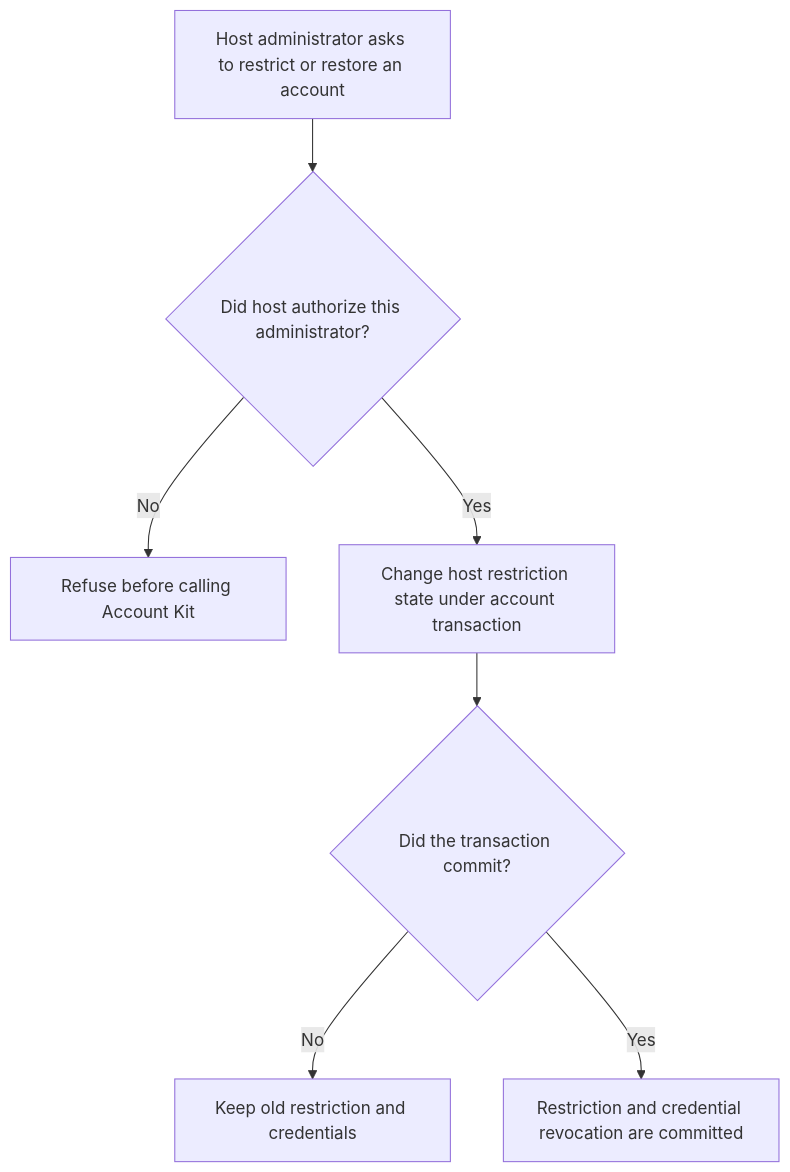
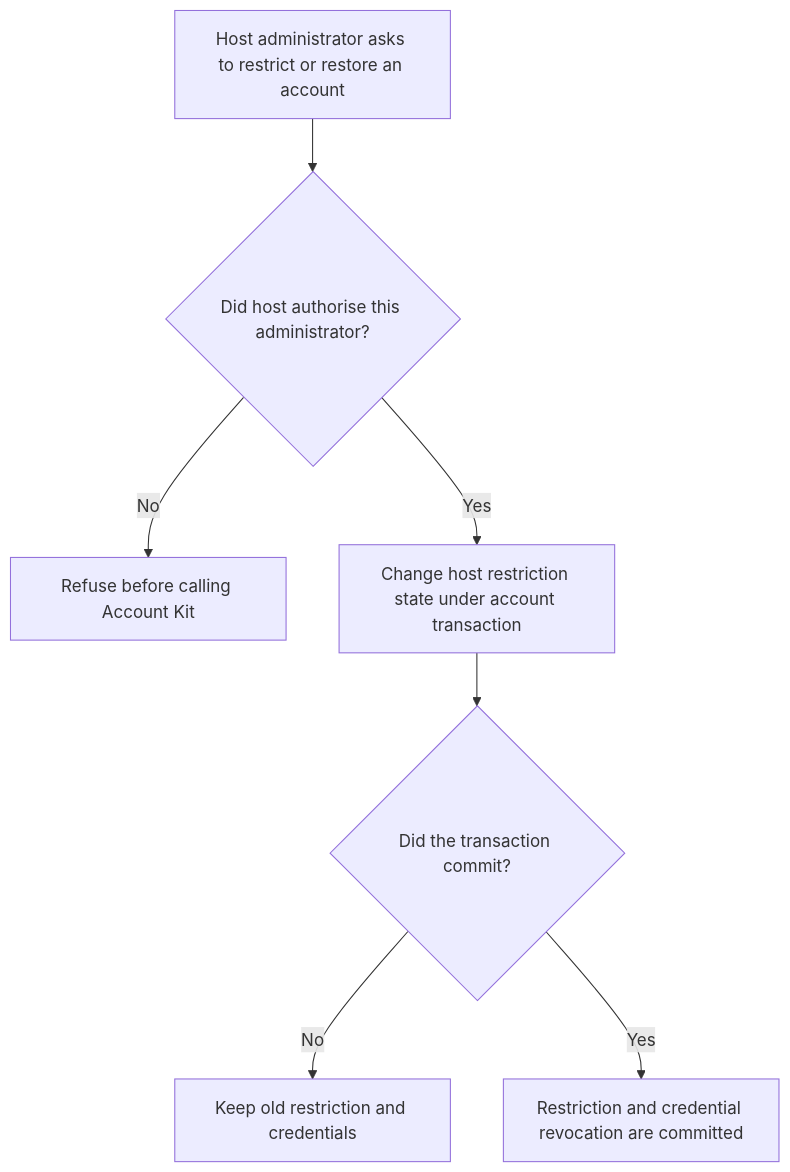
The first of 2 diagrams in user-stories/US-ACCOUNT-43-change-account-restriction.md (Kevinjohn/oss-adonisjs-account-kit), drawn with Mermaid before and after one commit. The commit also changed other lines of this file and 93 other files, not shown here.

````diff
--- a/user-stories/US-ACCOUNT-43-change-account-restriction.md
+++ b/user-stories/US-ACCOUNT-43-change-account-restriction.md
@@ -20,9 +20,9 @@
 ```mermaid
 flowchart TD
- A["Host administrator asks to restrict or restore an account"] --> B{"Did host authorize this administrator?"}
+ A["Host administrator asks to restrict or restore an account"] --> B{"Did host authorise this administrator?"}
  B -->|No| C["Refuse before calling Account Kit"]
  B -->|Yes| D["Change host restriction state under account transaction"]
  D --> E{"Did the transaction commit?"}
  E -->|No| F["Keep old restriction and credentials"]
  E -->|Yes| G["Restriction and credential revocation are committed"]
 ```
````
